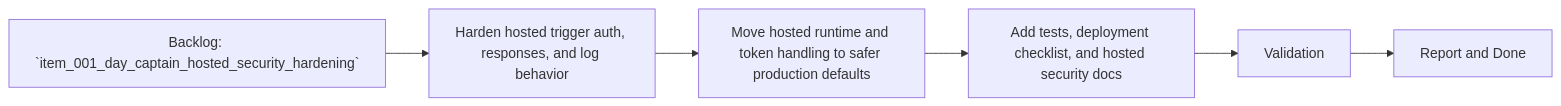
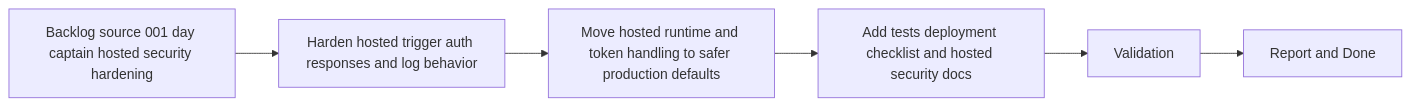
Before and after one commit to AlexAgo83/day-captain: the diagram in logics/tasks/task_004_day_captain_hosted_security_hardening.md, drawn with Mermaid. The commit also changed 40 other files, not shown here.

Commit message:
Normalize Logics Mermaid diagrams

````diff
--- a/logics/tasks/task_004_day_captain_hosted_security_hardening.md
+++ b/logics/tasks/task_004_day_captain_hosted_security_hardening.md
@@ -18,8 +18,8 @@
 ```mermaid
 flowchart LR
-    Backlog[Backlog: `item_001_day_captain_hosted_security_hardening`] --> Step1[Harden hosted trigger auth, responses, and log behavior]
+    Backlog[Backlog source 001 day captain hosted security hardening] --> Step1[Harden hosted trigger auth responses and log behavior]
     Step1 --> Step2[Move hosted runtime and token handling to safer production defaults]
-    Step2 --> Step3[Add tests, deployment checklist, and hosted security docs]
+    Step2 --> Step3[Add tests deployment checklist and hosted security docs]
     Step3 --> Validation[Validation]
     Validation --> Report[Report and Done]
 ```
````
